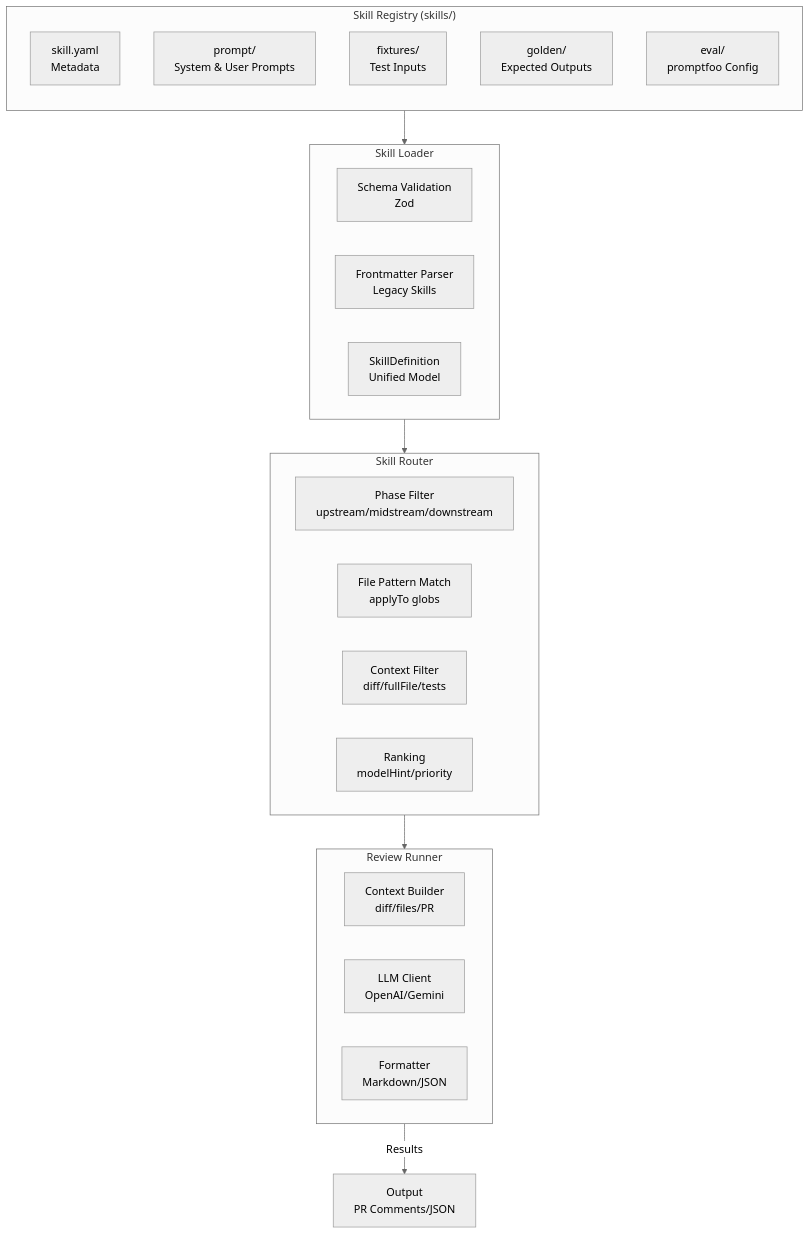
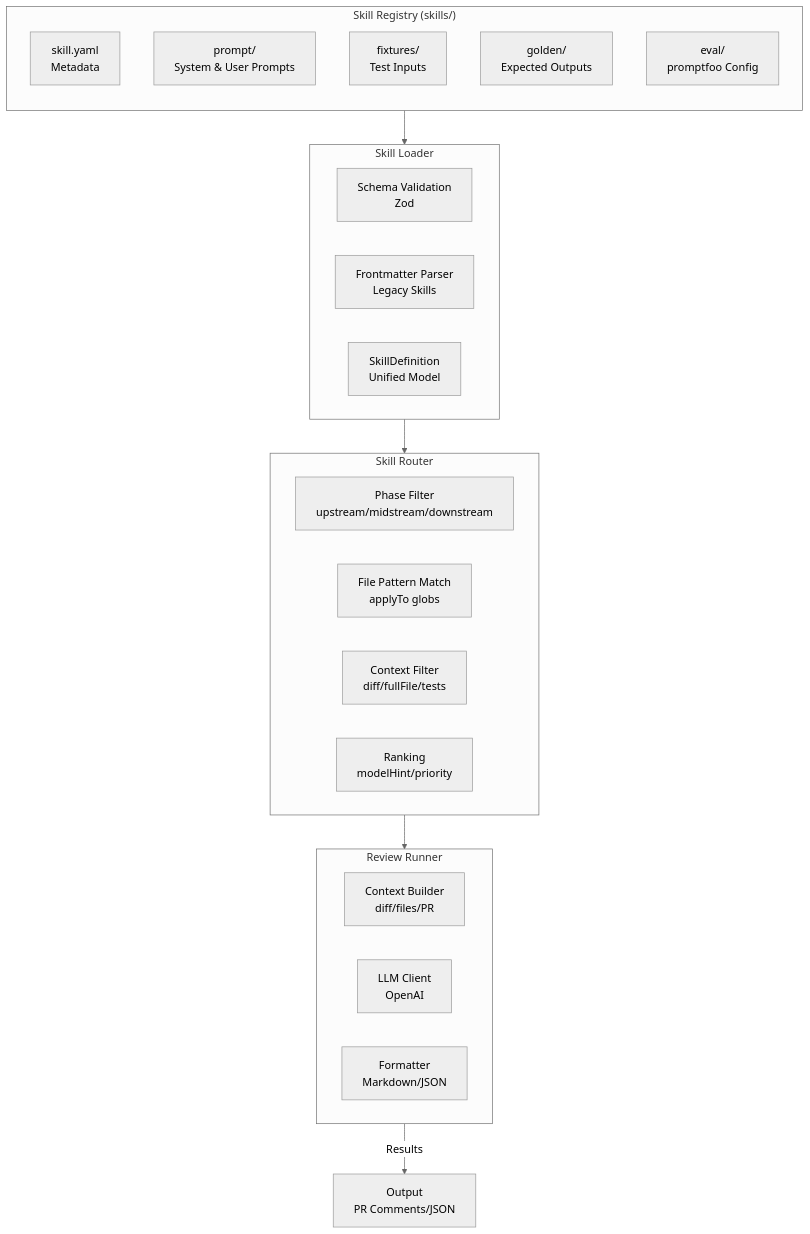
Before and after one commit to s977043/river-reviewer: the diagram in docs/architecture.md, drawn with Mermaid (neutral theme). The commit also changed 1 other file, not shown here.

First paragraph of the commit message:
fix(docs): reflect that review pipeline is OpenAI-only (not Gemini)
Apply review feedback from PR #490:

````diff
--- a/docs/architecture.md
+++ b/docs/architecture.md
@@ -37,35 +37,35 @@
 ```mermaid
 flowchart TB
     subgraph Registry["Skill Registry (skills/)"]
         direction TB
         S1[skill.yaml<br/>Metadata]
         S2[prompt/<br/>System & User Prompts]
         S3[fixtures/<br/>Test Inputs]
         S4[golden/<br/>Expected Outputs]
         S5[eval/<br/>promptfoo Config]
     end
 
     subgraph Loader["Skill Loader"]
         L1[Schema Validation<br/>Zod]
         L2[Frontmatter Parser<br/>Legacy Skills]
         L3[SkillDefinition<br/>Unified Model]
     end
 
     subgraph Router["Skill Router"]
         R1[Phase Filter<br/>upstream/midstream/downstream]
         R2[File Pattern Match<br/>applyTo globs]
         R3[Context Filter<br/>diff/fullFile/tests]
         R4[Ranking<br/>modelHint/priority]
     end
 
     subgraph Runner["Review Runner"]
         RN1[Context Builder<br/>diff/files/PR]
-        RN2[LLM Client<br/>OpenAI/Gemini]
+        RN2[LLM Client<br/>OpenAI]
         RN3[Formatter<br/>Markdown/JSON]
     end
 
     Registry --> Loader
     Loader --> Router
     Router --> Runner
     Runner -->|Results| OUT[Output<br/>PR Comments/JSON]
 ```
````
